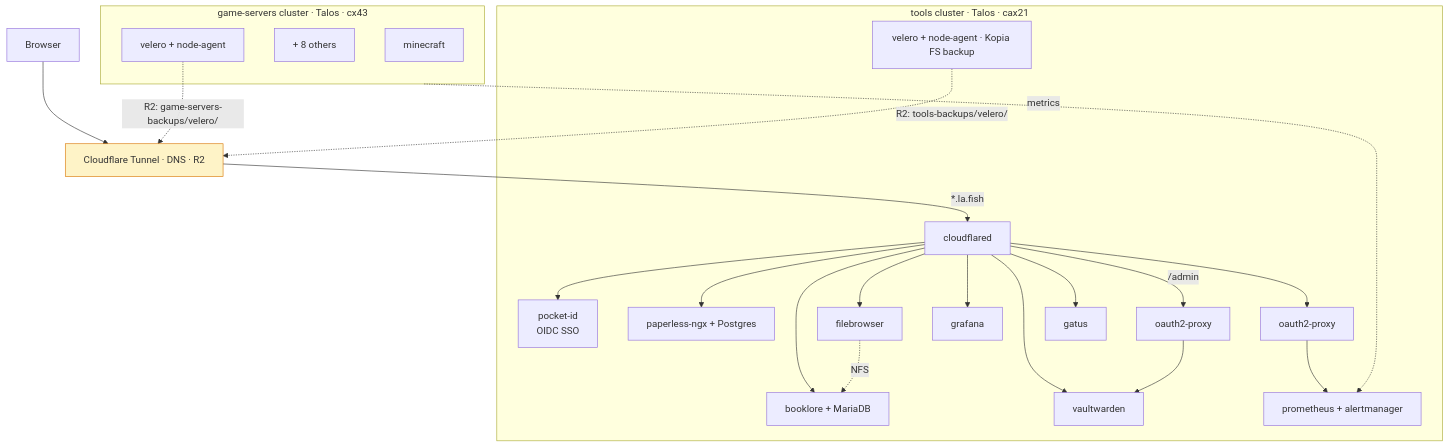
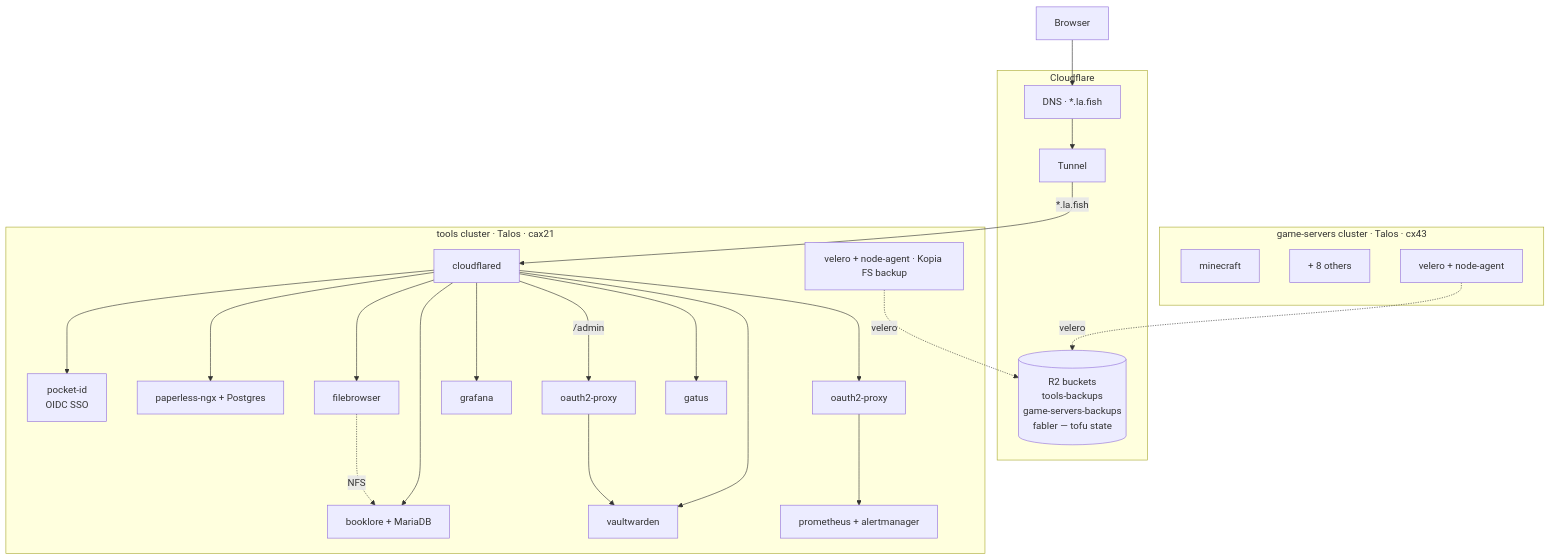
One commit to idarlafish/homelab changed the diagram in README.md. Above: the diagram before and after it, drawn with Mermaid. The commit also changed other lines of this file and 4 other files, not shown here.

````diff
--- a/README.md
+++ b/README.md
@@ -11,35 +11,38 @@
 ```mermaid
 flowchart TD
-    Browser --> CF[Cloudflare Tunnel · DNS · R2]
+    Browser --> CFDNS
+
+    subgraph CF[Cloudflare]
+        CFDNS[DNS · *.la.fish]
+        CFTUN[Tunnel]
+        CFR2[(R2 buckets<br/>tools-backups<br/>game-servers-backups<br/>fabler — tofu state)]
+        CFDNS --> CFTUN
+    end
 
     subgraph TOOLS[tools cluster · Talos · cax21]
         CFD[cloudflared]
         CFD --> PID[pocket-id<br/>OIDC SSO]
         CFD --> BL[booklore + MariaDB]
         CFD --> PL[paperless-ngx + Postgres]
         CFD --> VW[vaultwarden]
         CFD -->|"/admin"| O2V[oauth2-proxy] --> VW
         CFD --> FB[filebrowser]
         CFD --> GRF[grafana]
         CFD --> O2P[oauth2-proxy] --> PRM[prometheus + alertmanager]
         CFD --> GTS[gatus]
 
         VLR[velero + node-agent · Kopia FS backup]
         FB -. NFS .-> BL
     end
 
     subgraph GAMES[game-servers cluster · Talos · cx43]
         MC[minecraft]
         OTH[+ 8 others]
         VLG[velero + node-agent]
     end
 
-    CF -->|*.la.fish| CFD
-    GAMES -. metrics .-> PRM
+    CFTUN -->|*.la.fish| CFD
 
-    VLR -. R2: tools-backups/velero/ .-> CF
-    VLG -. R2: game-servers-backups/velero/ .-> CF
-
-    classDef storage fill:#fef3c7,stroke:#d97706
-    class CF storage
+    VLR -. velero .-> CFR2
+    VLG -. velero .-> CFR2
 ```
````
